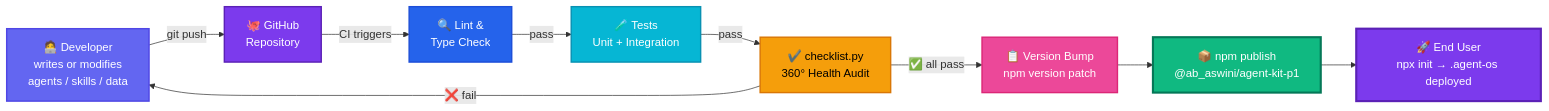
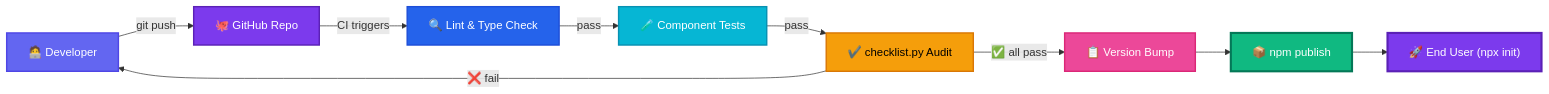
Before and after one commit to Ab-aswini/Agent-kit-P1: the seventh of 7 diagrams in README.md, drawn with Mermaid. The commit also changed other lines of this file and 234 other files, not shown here.

````diff
--- a/README.md
+++ b/README.md
@@ -837,23 +742,23 @@
 ```mermaid
 %%{init: {'theme': 'default'}}%%
 
 flowchart LR
-  DEV["🧑‍💻 Developer<br/>writes or modifies<br/>agents / skills / data"] -->|"git push"| GH["🐙 GitHub<br/>Repository"]
-  GH -->|"CI triggers"| LINT["🔍 Lint &<br/>Type Check"]
-  LINT -->|"pass"| TEST["🧪 Tests<br/>Unit + Integration"]
-  TEST -->|"pass"| AUDIT["✔️ checklist.py<br/>360° Health Audit"]
-  AUDIT -->|"✅ all pass"| VSN["📋 Version Bump<br/>npm version patch"]
-  VSN --> PUB["📦 npm publish<br/>@ab_aswini/agent-kit-p1"]
-  PUB --> USER["🚀 End User<br/>npx init → .agent-os deployed"]
+  DEV["🧑‍💻 Developer"] -->|"git push"| GH["🐙 GitHub Repo"]
+  GH -->|"CI triggers"| LINT["🔍 Lint & Type Check"]
+  LINT -->|"pass"| TEST["🧪 Component Tests"]
+  TEST -->|"pass"| AUDIT["✔️ checklist.py Audit"]
+  AUDIT -->|"✅ all pass"| VSN["📋 Version Bump"]
+  VSN --> PUB["📦 npm publish"]
+  PUB --> USER["🚀 End User (npx init)"]
 
   AUDIT -->|"❌ fail"| DEV
 
   style DEV fill:#6366F1,color:#fff,stroke:#4F46E5,stroke-width:2px
   style GH fill:#7C3AED,color:#fff,stroke:#5B21B6,stroke-width:2px
   style LINT fill:#2563EB,color:#fff,stroke:#1D4ED8,stroke-width:2px
   style TEST fill:#06B6D4,color:#fff,stroke:#0891B2,stroke-width:2px
   style AUDIT fill:#F59E0B,color:#000,stroke:#D97706,stroke-width:2px
   style VSN fill:#EC4899,color:#fff,stroke:#DB2777,stroke-width:2px
   style PUB fill:#10B981,color:#fff,stroke:#047857,stroke-width:3px
   style USER fill:#7C3AED,color:#fff,stroke:#5B21B6,stroke-width:3px
 ```
````
